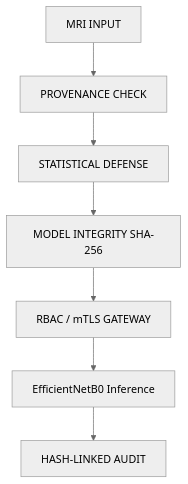
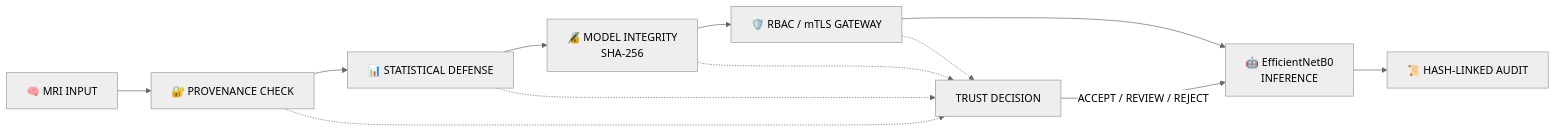
One commit to heysayanallgood/beyond-f1-scores-zero-trust-brain-tumor-ai changed the diagram in README.md. Above: the diagram before and after it, drawn with Mermaid (neutral theme). The commit also changed other lines of this file, not shown here.

````diff
--- a/README.md
+++ b/README.md
@@ -6,9 +96,17 @@
 ```mermaid
-graph TD
-  A[MRI INPUT] --> B[PROVENANCE CHECK]
-  B --> C[STATISTICAL DEFENSE]
-  C --> D[MODEL INTEGRITY SHA-256]
-  D --> E[RBAC / mTLS GATEWAY]
-  E --> F[EfficientNetB0 Inference]
-  F --> G[HASH-LINKED AUDIT]
+flowchart LR
+
+A["🧠 MRI INPUT"] --> B["🔐 PROVENANCE CHECK"]
+B --> C["📊 STATISTICAL DEFENSE"]
+C --> D["🔏 MODEL INTEGRITY<br/>SHA-256"]
+D --> E["🛡️ RBAC / mTLS GATEWAY"]
+E --> F["🤖 EfficientNetB0<br/>INFERENCE"]
+F --> G["📜 HASH-LINKED AUDIT"]
+
+B -.-> H["TRUST DECISION"]
+C -.-> H
+D -.-> H
+E -.-> H
+
+H -->|"ACCEPT / REVIEW / REJECT"| F
 ```
````
